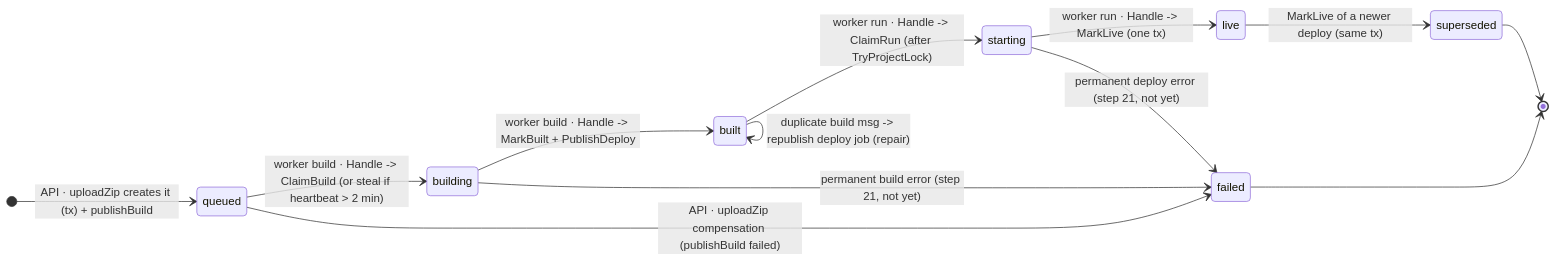
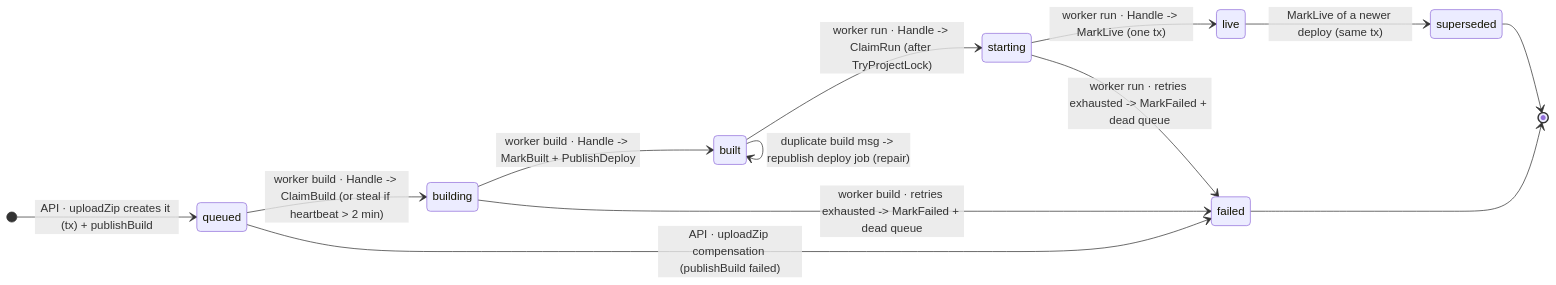
Before and after one commit to daniel-d7a/ZeroOps: the first of 2 diagrams in docs/deployment-state-machine.md, drawn with Mermaid. The commit also changed other lines of this file and 7 other files, not shown here.

Commit message:
M2.21: retry/dead-letter classification (attempt x3, release-claim, MarkFailed), malformed -> dead queue, FORCE_TRANSIENT gate hook

````diff
--- a/docs/deployment-state-machine.md
+++ b/docs/deployment-state-machine.md
@@ -22,23 +22,23 @@
 ```mermaid
 stateDiagram-v2
     direction LR
 
     [*] --> queued: API · uploadZip creates it (tx) + publishBuild
 
     queued --> building: worker build · Handle -> ClaimBuild (or steal if heartbeat > 2 min)
     queued --> failed: API · uploadZip compensation (publishBuild failed)
 
     building --> built: worker build · Handle -> MarkBuilt + PublishDeploy
-    building --> failed: permanent build error (step 21, not yet)
+    building --> failed: worker build · retries exhausted -> MarkFailed + dead queue
 
     built --> starting: worker run · Handle -> ClaimRun (after TryProjectLock)
     built --> built: duplicate build msg -> republish deploy job (repair)
 
     starting --> live: worker run · Handle -> MarkLive (one tx)
-    starting --> failed: permanent deploy error (step 21, not yet)
+    starting --> failed: worker run · retries exhausted -> MarkFailed + dead queue
 
     live --> superseded: MarkLive of a newer deploy (same tx)
 
     superseded --> [*]
     failed --> [*]
 ```
````
